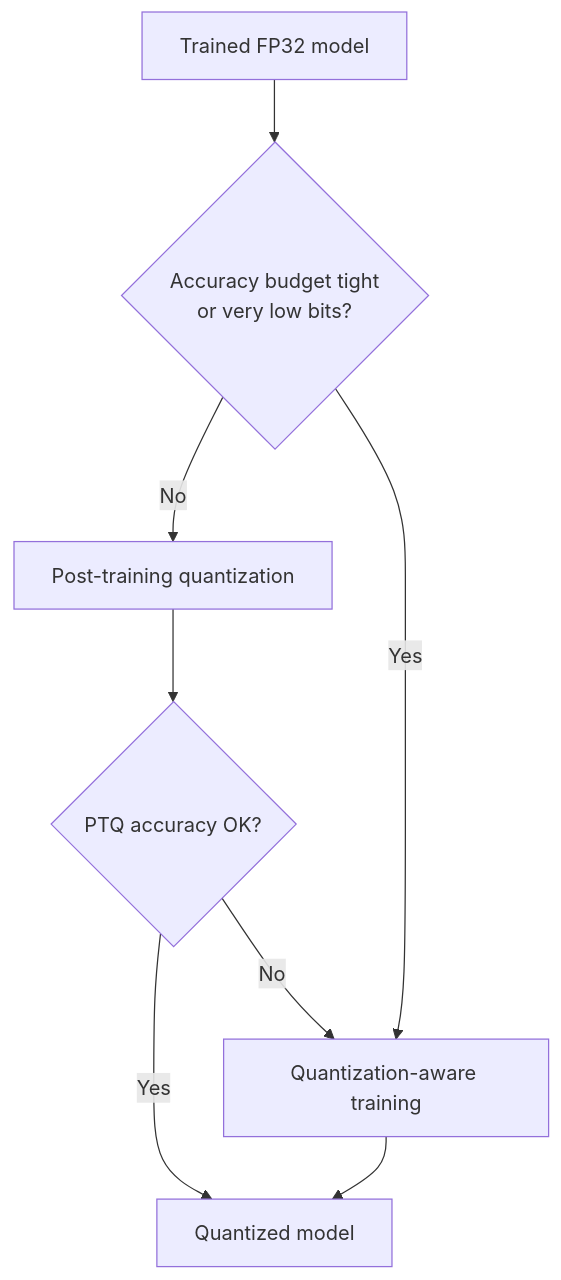
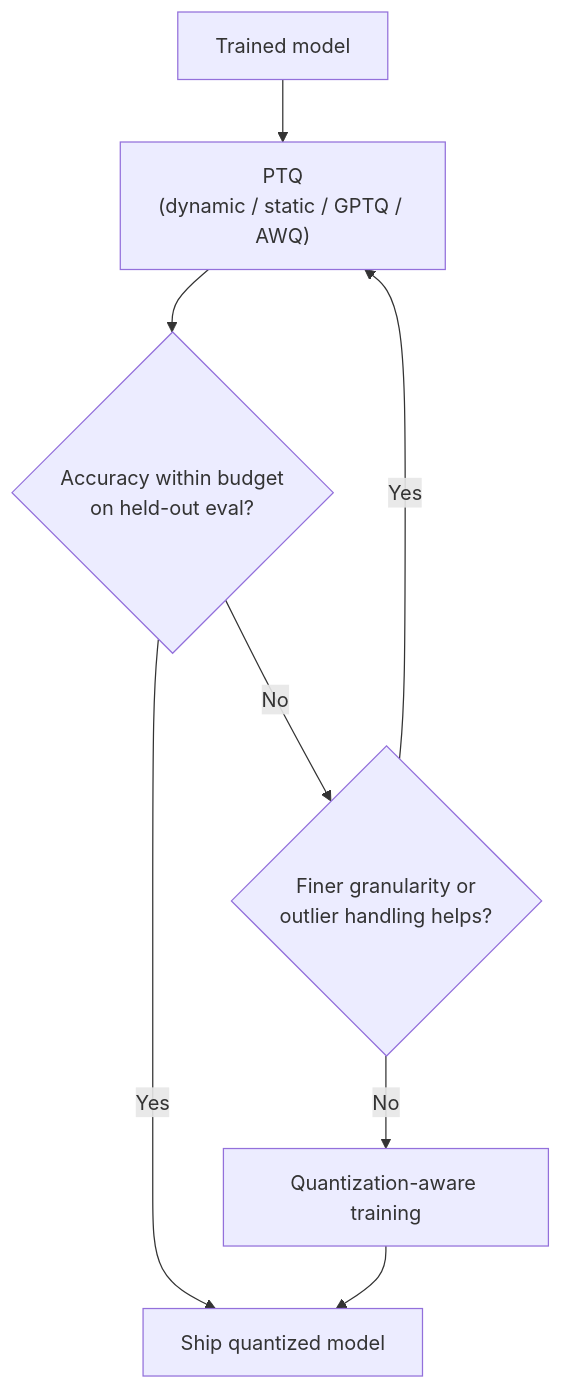
One commit to AndrewAltimit/Documentation changed the fifth of 6 diagrams in github-pages/docs/ai-ml/model-compression.md. Above: the diagram before and after it, drawn with Mermaid. The commit also changed other lines of this file and 240 other files, not shown here.

````diff
--- a/github-pages/docs/ai-ml/model-compression.md
+++ b/github-pages/docs/ai-ml/model-compression.md
@@ -255,10 +276,10 @@
 ```mermaid
 flowchart TD
-    M["Trained FP32 model"] --> D{Accuracy budget tight<br/>or very low bits?}
-    D -->|No| PTQ["Post-training quantization"]
-    D -->|Yes| QAT["Quantization-aware training"]
-    PTQ --> C{PTQ accuracy OK?}
-    C -->|Yes| Ship["Quantized model"]
-    C -->|No| QAT
+    M["Trained model"] --> P["PTQ<br/>(dynamic / static / GPTQ / AWQ)"]
+    P --> C{"Accuracy within budget<br/>on held-out eval?"}
+    C -->|Yes| Ship["Ship quantized model"]
+    C -->|No| G{"Finer granularity or<br/>outlier handling helps?"}
+    G -->|Yes| P
+    G -->|No| QAT["Quantization-aware training"]
     QAT --> Ship
 ```
````
